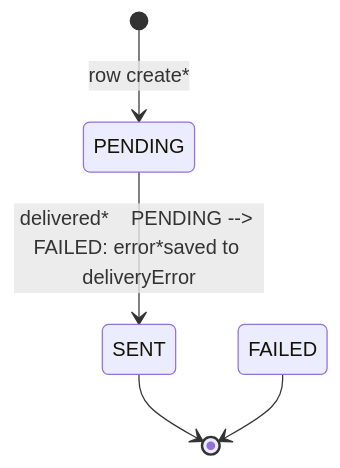
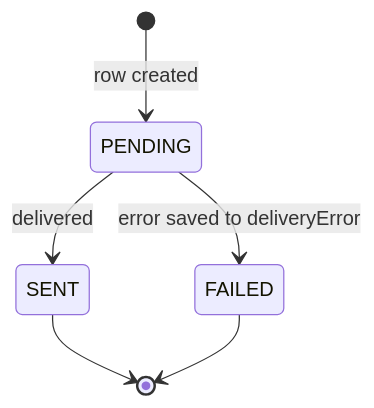
The third of 4 diagrams in README.md (dhruv37502005/Library), drawn with Mermaid before and after one commit. The commit also changed other lines of this file, not shown here.

````diff
--- a/README.md
+++ b/README.md
@@ -123,7 +132,8 @@
 ```mermaid
 stateDiagram-v2
-    [*] --> PENDING: row create*
-    PENDING --> SENT: delivered*    PENDING --> FAILED: error*saved to deliveryError
+    [*] --> PENDING: row created
+    PENDING --> SENT: delivered
+    PENDING --> FAILED: error saved to deliveryError
     SENT --> [*]
     FAILED --> [*]
 ```
````
